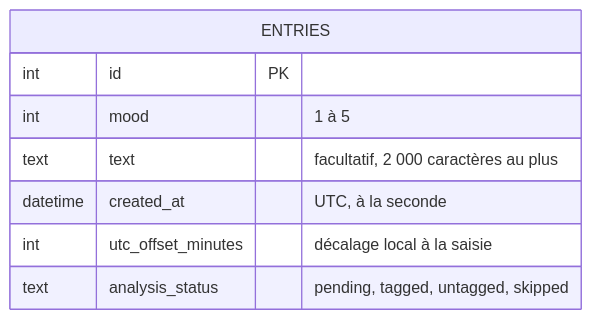
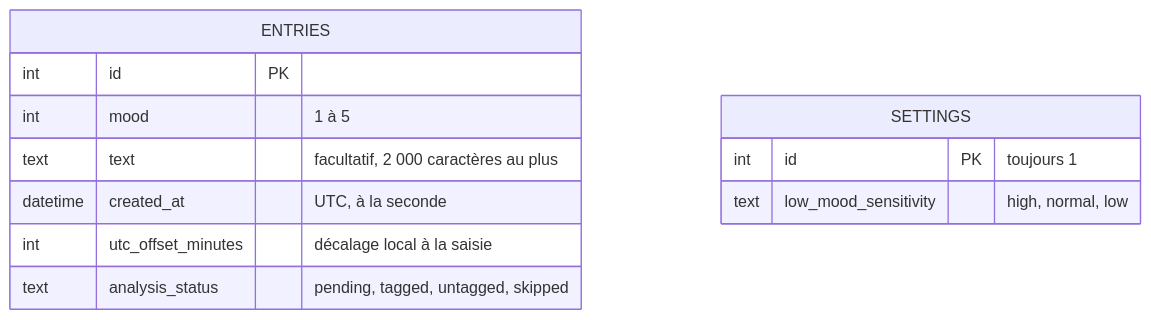
The second of 2 diagrams in docs/architecture-technique.md (yanis-vroland/Tidemark), drawn with Mermaid before and after one commit. The commit also changed other lines of this file and 23 other files, not shown here.

````diff
--- a/docs/architecture-technique.md
+++ b/docs/architecture-technique.md
@@ -30,11 +34,15 @@
 ```mermaid
 erDiagram
   ENTRIES {
     int id PK
     int mood "1 à 5"
     text text "facultatif, 2 000 caractères au plus"
     datetime created_at "UTC, à la seconde"
     int utc_offset_minutes "décalage local à la saisie"
     text analysis_status "pending, tagged, untagged, skipped"
   }
+  SETTINGS {
+    int id PK "toujours 1"
+    text low_mood_sensitivity "high, normal, low"
+  }
 ```
````
